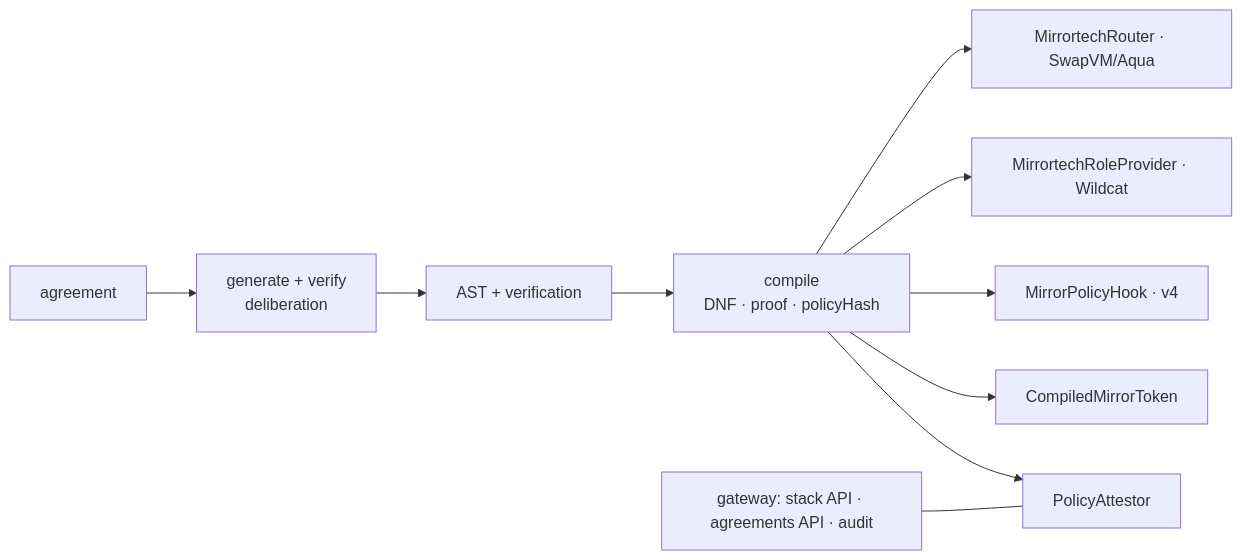
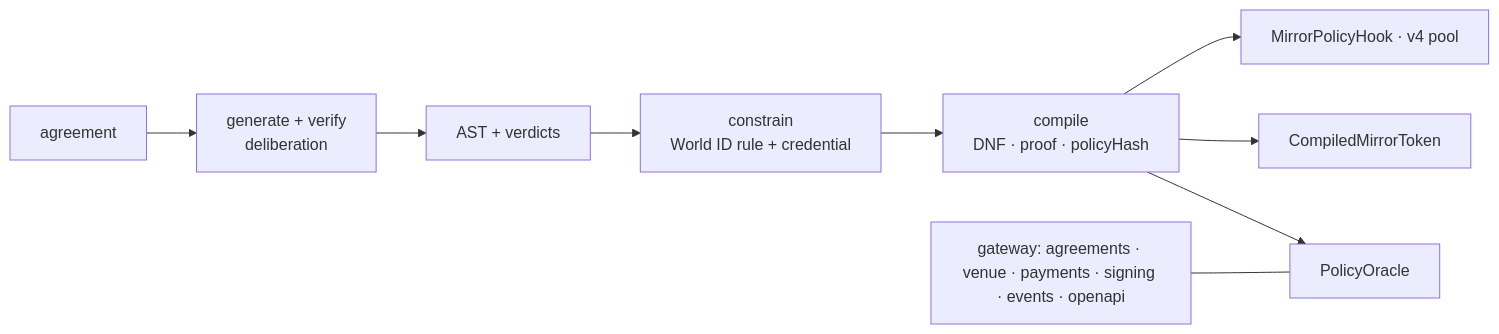
Before and after one commit to LegalMirror/mirr0tech: the second of 2 diagrams in docs/PRD.md, drawn with Mermaid. The commit also changed other lines of this file and 1 other file, not shown here.

First line of the commit message:
docs(prd): the product is one flow: login, upload, World ID constraint, deploy, prove the hook

````diff
--- a/docs/PRD.md
+++ b/docs/PRD.md
@@ -128,12 +115,11 @@
 ```mermaid
 flowchart LR
   DOC[agreement] --> GEN[generate + verify<br/>deliberation]
-  GEN --> AST[AST + verification]
-  AST --> CMP[compile<br/>DNF · proof · policyHash]
-  CMP --> ATT[PolicyAttestor]
+  GEN --> AST[AST + verdicts]
+  AST --> CON[constrain<br/>World ID rule + credential]
+  CON --> CMP[compile<br/>DNF · proof · policyHash]
+  CMP --> ORC[PolicyOracle]
   CMP --> TOK[CompiledMirrorToken]
-  CMP --> HOOK[MirrorPolicyHook · v4]
-  CMP --> RP[MirrortechRoleProvider · Wildcat]
-  CMP --> RTR[MirrortechRouter · SwapVM/Aqua]
-  GW[gateway: stack API · agreements API · audit] --- ATT
+  CMP --> HOOK[MirrorPolicyHook · v4 pool]
+  GW[gateway: agreements · venue · payments · signing · events · openapi] --- ORC
 ```
````
